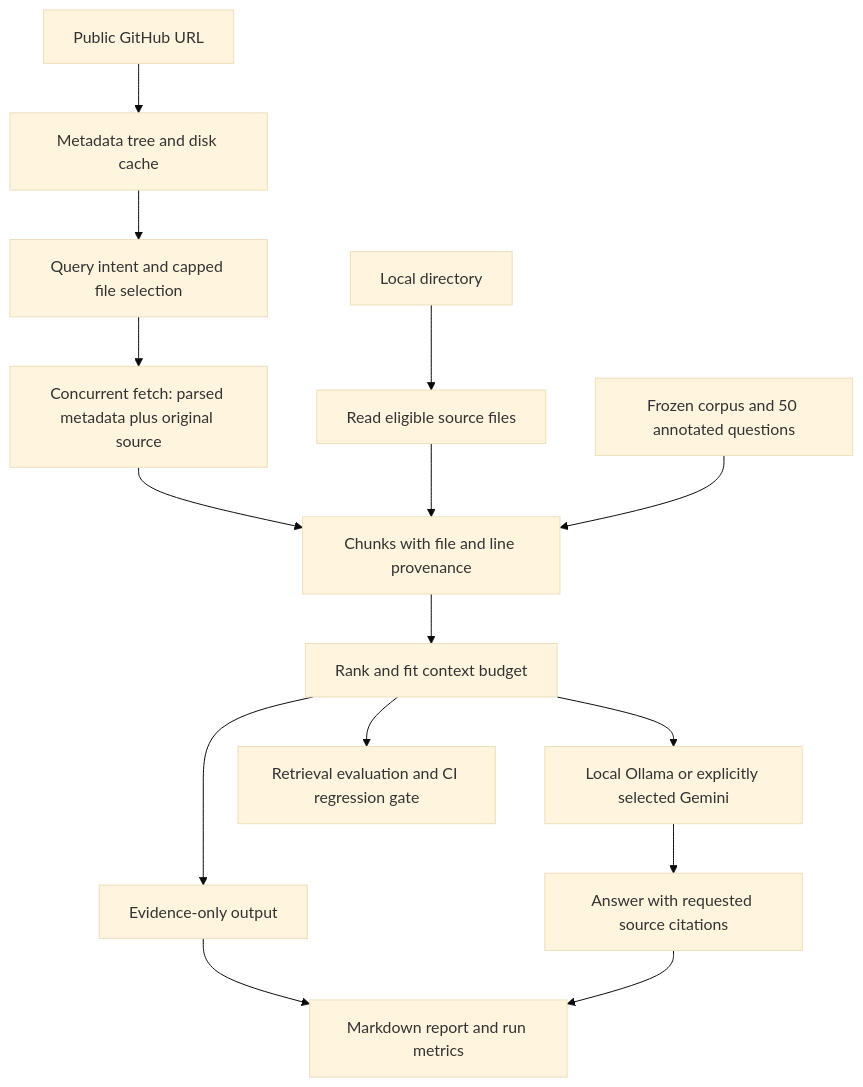
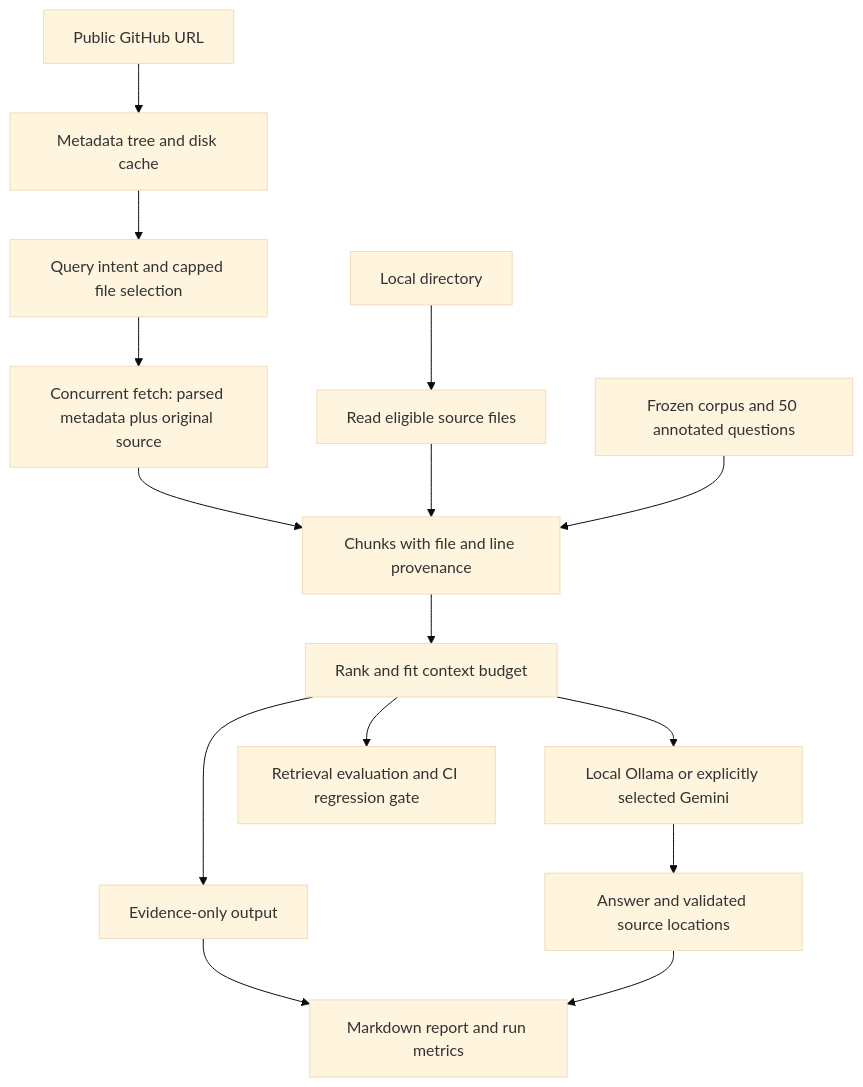
The diagram in README.md (Adityabaskati-weeb/GitHub-Code-Analyser-Agent-for-Developer-Productivity), drawn with Mermaid (base theme) before and after one commit. The commit also changed other lines of this file and 15 other files, not shown here.

Commit message:
Constrain local source citations and checkpoint live answer evaluation

````diff
--- a/README.md
+++ b/README.md
@@ -70,17 +70,17 @@
 ```mermaid
 flowchart TD
     G[Public GitHub URL] --> T[Metadata tree and disk cache]
     T --> S[Query intent and capped file selection]
     S --> F[Concurrent fetch: parsed metadata plus original source]
     L[Local directory] --> R[Read eligible source files]
     F --> C[Chunks with file and line provenance]
     R --> C
     C --> K[Rank and fit context budget]
     K --> E[Evidence-only output]
     K --> O[Local Ollama or explicitly selected Gemini]
-    O --> A[Answer with requested source citations]
+    O --> A[Answer and validated source locations]
     E --> M[Markdown report and run metrics]
     A --> M
     B[Frozen corpus and 50 annotated questions] --> C
     K --> V[Retrieval evaluation and CI regression gate]
 ```
````
